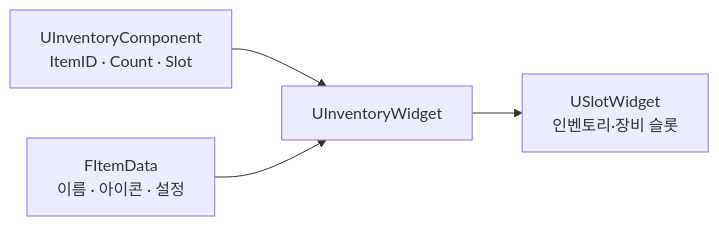
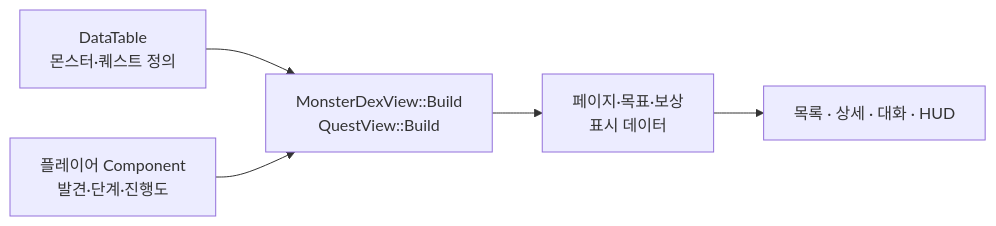
Before and after one commit to chungheonLee0325/Sonheim: the first of 2 diagrams in Doc/Wiki/11_Client_State_Presentation_Pipeline.md, drawn with Mermaid. The commit also changed other lines of this file, not shown here.

Commit message:
docs: center UI presentation on view data, widget updates and dungeon lifecycle

```diff
--- a/Doc/Wiki/11_Client_State_Presentation_Pipeline.md
+++ b/Doc/Wiki/11_Client_State_Presentation_Pipeline.md
@@ -94,6 +49,7 @@
 ~~~mermaid
 flowchart LR
-    INV["UInventoryComponent<br/>ItemID · Count · Slot"] --> UI["UInventoryWidget"]
-    DATA["FItemData<br/>이름 · 아이콘 · 설정"] --> UI
-    UI --> SLOT["USlotWidget<br/>인벤토리·장비 슬롯"]
+    A["DataTable<br/>몬스터·퀘스트 정의"] --> V["MonsterDexView::Build<br/>QuestView::Build"]
+    B["플레이어 Component<br/>발견·단계·진행도"] --> V
+    V --> D["페이지·목표·보상<br/>표시 데이터"]
+    D --> W["목록 · 상세 · 대화 · HUD"]
 ~~~
```
